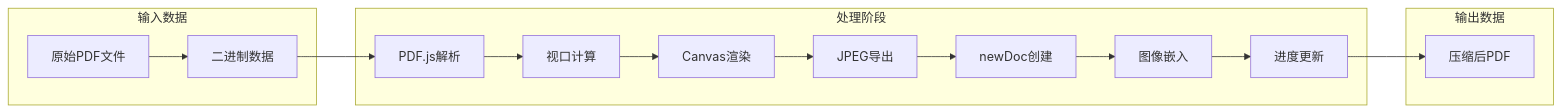
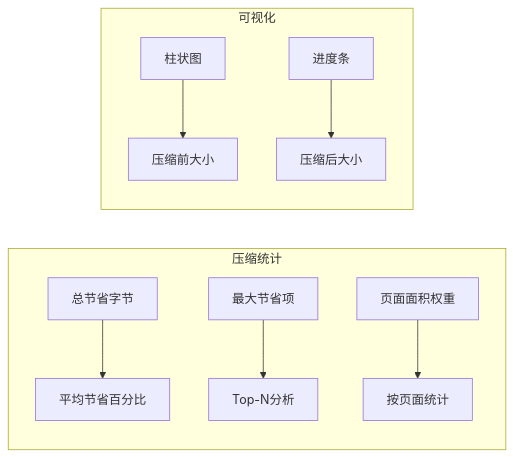
Before and after one commit to sgyy/privadeck: the seventh of 9 diagrams in .qoder/repowiki/zh/content/PDF工具/PDF压缩工具.md, drawn with Mermaid. The commit also changed other lines of this file and 7 other files, not shown here.

````diff
--- a/.qoder/repowiki/zh/content/PDF工具/PDF压缩工具.md
+++ b/.qoder/repowiki/zh/content/PDF工具/PDF压缩工具.md
@@ -184,18 +378,12 @@
 ```mermaid
 graph LR
-subgraph "输入数据"
-F[原始PDF文件] --> B[二进制数据]
+subgraph "压缩统计"
+A[总节省字节] --> B[平均节省百分比]
+C[最大节省项] --> D[Top-N分析]
+E[页面面积权重] --> F[按页面统计]
 end
-subgraph "处理阶段"
-B --> P[PDF.js解析]
-P --> V[视口计算]
-V --> C[Canvas渲染]
-C --> J[JPEG导出]
-J --> N[newDoc创建]
-N --> E[图像嵌入]
-E --> S[进度更新]
-end
-subgraph "输出数据"
-S --> R[压缩后PDF]
+subgraph "可视化"
+G[柱状图] --> H[压缩前大小]
+I[进度条] --> J[压缩后大小]
 end
 ```
````
